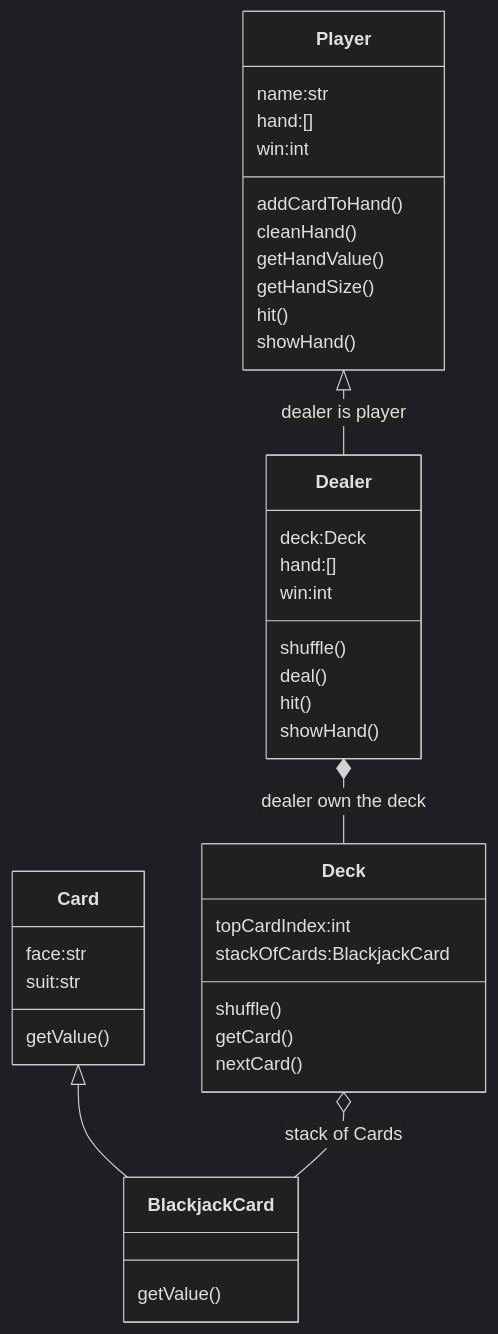
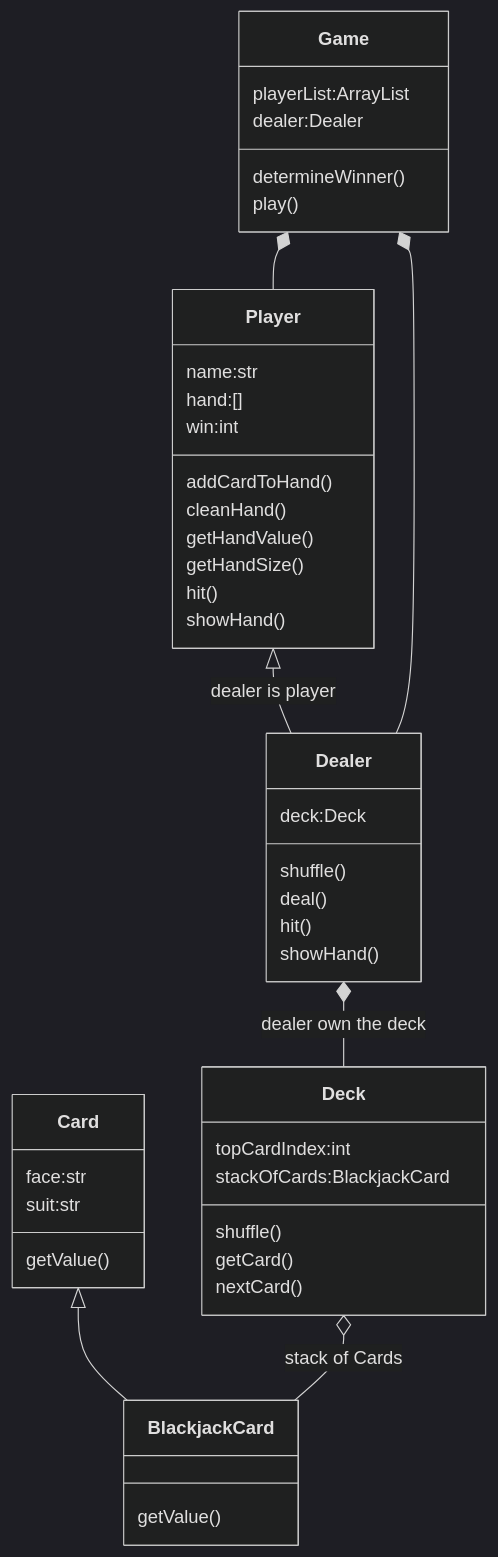
One commit to jwang1122/python changed diagram 11 of 16 in doc/python.md. Above: the diagram before and after it, drawn with Mermaid (dark theme). The commit also changed other lines of this file and 15 other files, not shown here.

````diff
--- a/doc/python.md
+++ b/doc/python.md
@@ -654,47 +746,54 @@
 ```mermaid
 classDiagram
 class Card {
   face:str
   suit:str
   getValue()
 }
 
 class BlackjackCard{
   getValue()
 }
 
 class Deck{
   topCardIndex:int
   stackOfCards:BlackjackCard
   shuffle()
   getCard()
   nextCard()
 }
 
 class Player{
   name:str
   hand:[]
   win:int
   addCardToHand()
   cleanHand()
   getHandValue()
   getHandSize()
   hit()
   showHand()
 }
 
 class Dealer {
   deck:Deck
-  hand:[]
-  win:int
   shuffle()
   deal()
   hit()
   showHand()
 }
 
+class Game{
+  playerList:ArrayList<Player>
+  dealer:Dealer
+  determineWinner()
+  play()
+}
+
 Player<|--Dealer:dealer is player
 Dealer *--Deck:dealer own the deck
 Card<|--BlackjackCard
 Deck o--BlackjackCard:stack of Cards
+Game *-- Dealer
+Game *-- Player
 ```
````
